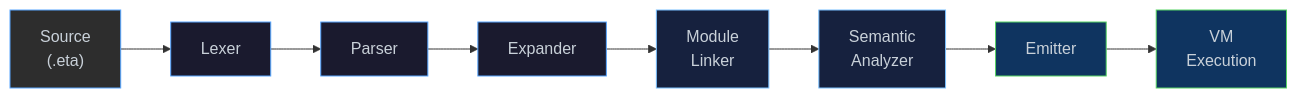
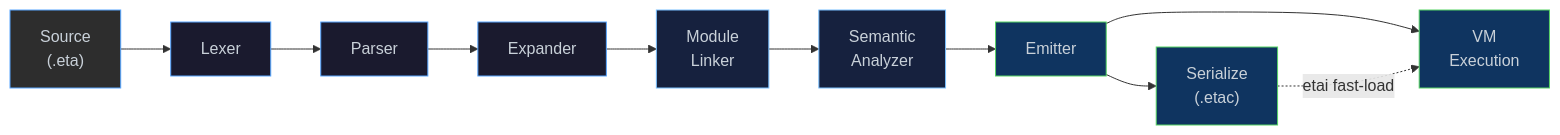
Before and after one commit to lewismj/eta: the diagram in README.md, drawn with Mermaid. The commit also changed other lines of this file and 31 other files, not shown here.

````diff
--- a/README.md
+++ b/README.md
@@ -83,19 +91,22 @@
 ```mermaid
 flowchart LR
     SRC["Source\n(.eta)"] --> LEX["Lexer"]
     LEX --> PAR["Parser"]
     PAR --> EXP["Expander"]
     EXP --> LNK["Module\nLinker"]
     LNK --> SEM["Semantic\nAnalyzer"]
     SEM --> EMT["Emitter"]
     EMT --> VM["VM\nExecution"]
+    EMT --> SER["Serialize\n(.etac)"]
+    SER -.->|"etai fast-load"| VM
 
     style SRC fill:#2d2d2d,stroke:#58a6ff,color:#c9d1d9
     style LEX fill:#1a1a2e,stroke:#58a6ff,color:#c9d1d9
     style PAR fill:#1a1a2e,stroke:#58a6ff,color:#c9d1d9
     style EXP fill:#1a1a2e,stroke:#58a6ff,color:#c9d1d9
     style LNK fill:#16213e,stroke:#79c0ff,color:#c9d1d9
     style SEM fill:#16213e,stroke:#79c0ff,color:#c9d1d9
     style EMT fill:#0f3460,stroke:#56d364,color:#c9d1d9
     style VM  fill:#0f3460,stroke:#56d364,color:#c9d1d9
+    style SER fill:#0f3460,stroke:#56d364,color:#c9d1d9
 ```
````
